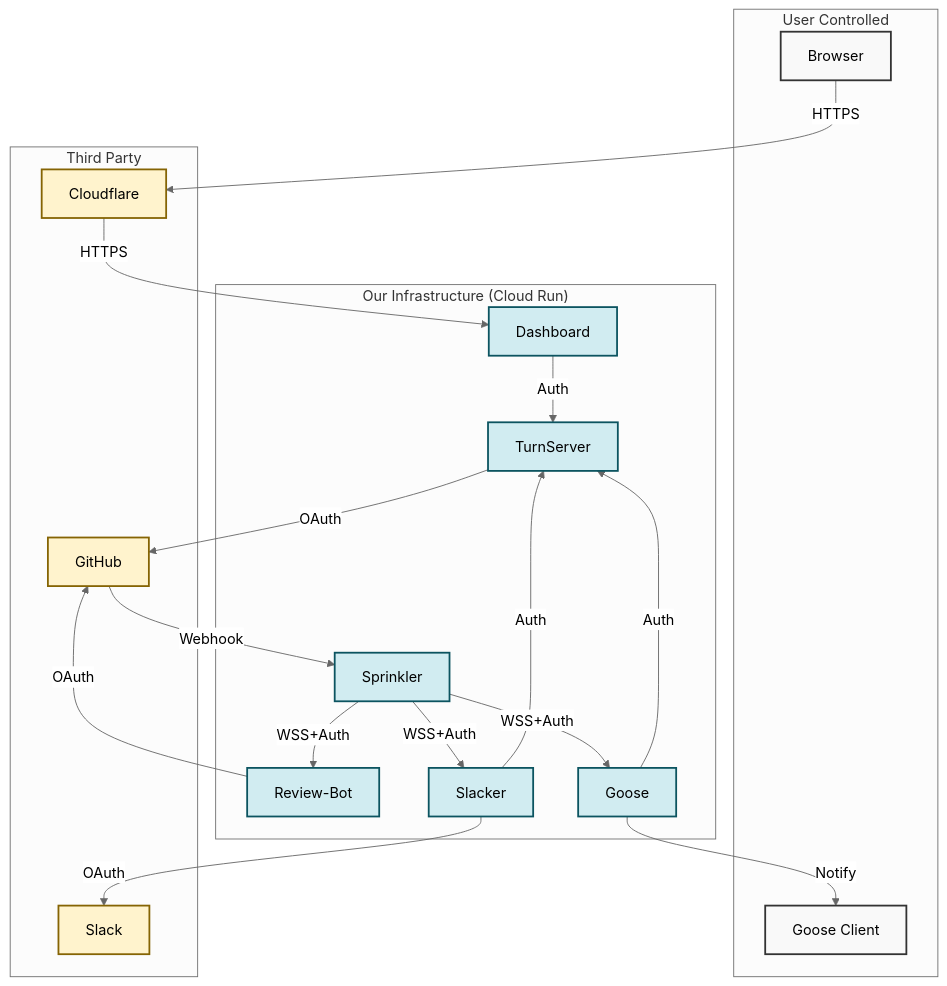
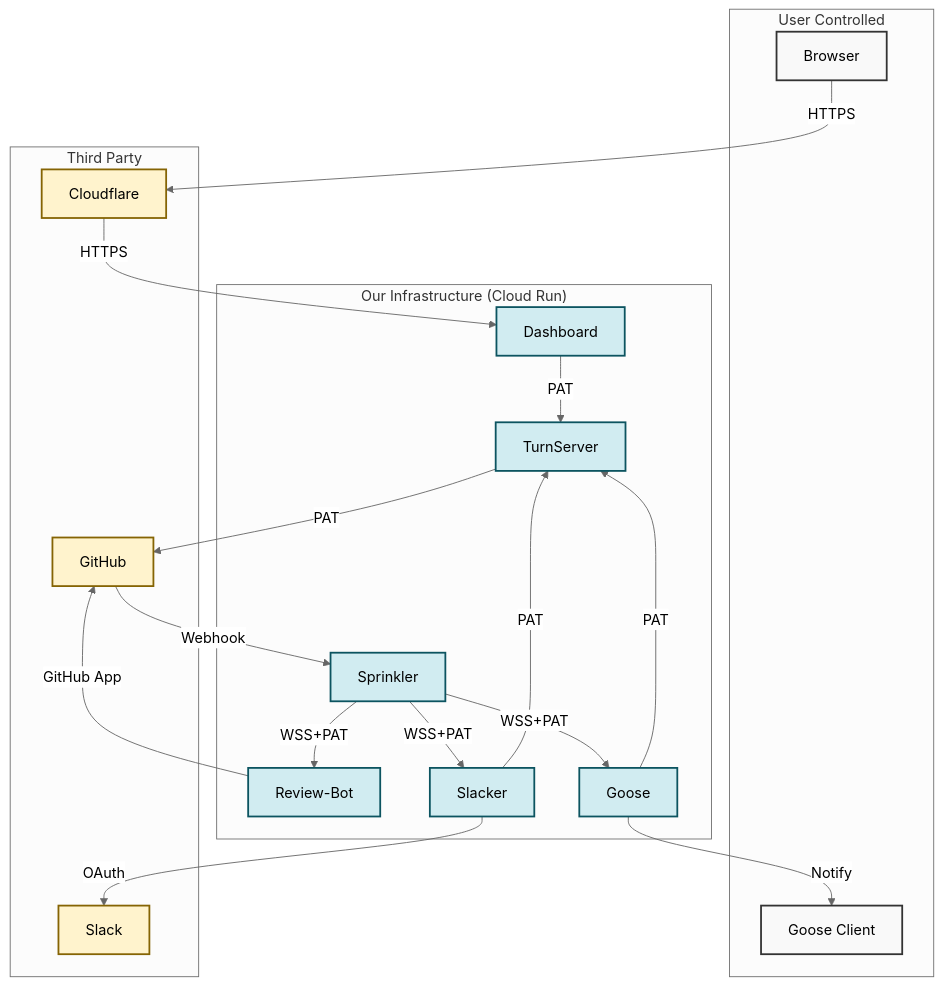
Before and after one commit to codeGROOVE-dev/architecture: the third of 3 diagrams in README.md, drawn with Mermaid (neutral theme). The commit also changed other lines of this file, not shown here.

Commit message:
more improvements

````diff
--- a/README.md
+++ b/README.md
@@ -139,48 +140,48 @@
 ```mermaid
-graph TB
+flowchart TB
     subgraph "User Controlled"
         Browser["Browser"]
         GooseClient["Goose Client"]
     end
 
     subgraph "Third Party"
         GitHub["GitHub"]
         Slack["Slack"]
         CF["Cloudflare"]
     end
 
     subgraph "Our Infrastructure (Cloud Run)"
         Dashboard["Dashboard"]
         Sprinkler["Sprinkler"]
         ReviewBot["Review-Bot"]
         Goose["Goose"]
         Slacker["Slacker"]
         TurnServer["TurnServer"]
     end
 
     Browser -->|HTTPS| CF
     CF -->|HTTPS| Dashboard
-    Dashboard -->|Auth| TurnServer
+    Dashboard -->|PAT| TurnServer
 
     GitHub -->|Webhook| Sprinkler
-    Sprinkler -->|WSS+Auth| ReviewBot
-    Sprinkler -->|WSS+Auth| Goose
-    Sprinkler -->|WSS+Auth| Slacker
+    Sprinkler -->|WSS+PAT| ReviewBot
+    Sprinkler -->|WSS+PAT| Goose
+    Sprinkler -->|WSS+PAT| Slacker
 
-    ReviewBot -->|OAuth| GitHub
-    TurnServer -->|OAuth| GitHub
+    ReviewBot -->|GitHub App| GitHub
+    TurnServer -->|PAT| GitHub
 
-    Goose -->|Auth| TurnServer
+    Goose -->|PAT| TurnServer
     Goose -->|Notify| GooseClient
 
-    Slacker -->|Auth| TurnServer
+    Slacker -->|PAT| TurnServer
     Slacker -->|OAuth| Slack
 
     classDef user fill:#f9f9f9,stroke:#333,stroke-width:2px
     classDef third fill:#fff3cd,stroke:#856404,stroke-width:2px
     classDef ours fill:#d1ecf1,stroke:#0c5460,stroke-width:2px
 
     class Browser,GooseClient user
     class GitHub,Slack,CF third
     class Dashboard,Sprinkler,ReviewBot,Goose,Slacker,TurnServer ours
 ```
````
